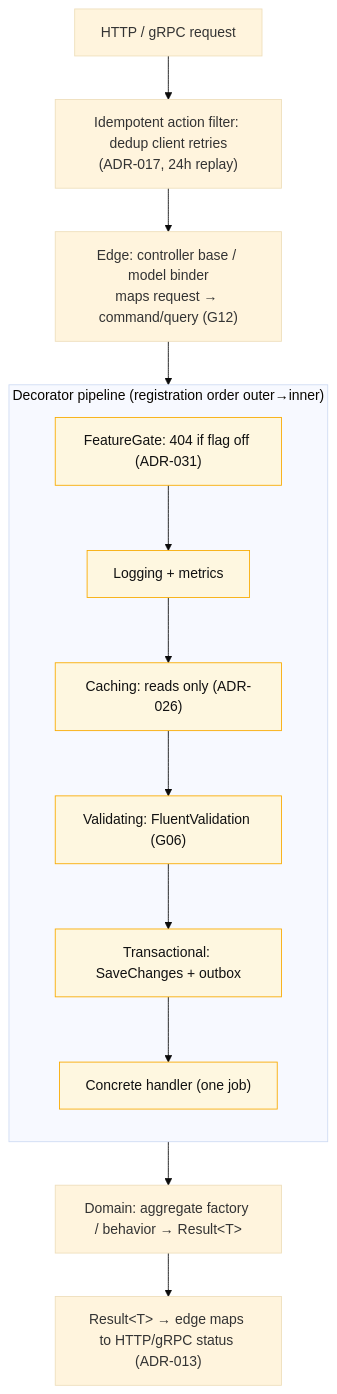
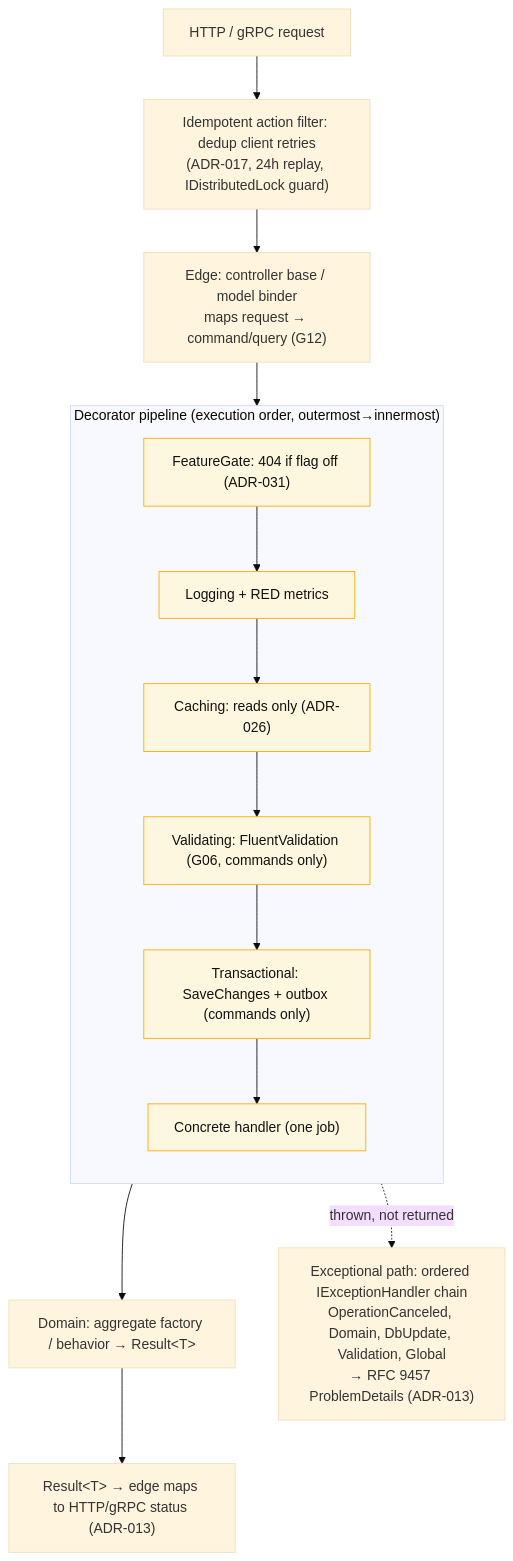
One commit to ivanball/ivanball.github.io changed the fifth of 15 diagrams in docs-src/onboarding/CONCEPT-MAPS.md. Above: the diagram before and after it, drawn with Mermaid (base theme). The commit also changed other lines of this file and 15 other files, not shown here.

````diff
--- a/docs-src/onboarding/CONCEPT-MAPS.md
+++ b/docs-src/onboarding/CONCEPT-MAPS.md
@@ -262,25 +292,27 @@
 ```mermaid
 flowchart TD
     HTTP["HTTP / gRPC request"]
     EDGE["Edge: controller base / model binder<br/>maps request → command/query (G12)"]
-    IDEMP["Idempotent action filter: dedup client retries<br/>(ADR-017, 24h replay)"]
+    IDEMP["Idempotent action filter: dedup client retries<br/>(ADR-017, 24h replay, IDistributedLock guard)"]
 
-    subgraph PIPELINE["Decorator pipeline (registration order outer→inner)"]
+    subgraph PIPELINE["Decorator pipeline (execution order, outermost→innermost)"]
         direction TB
         FG["FeatureGate: 404 if flag off (ADR-031)"]
-        LOG["Logging + metrics"]
+        LOG["Logging + RED metrics"]
         CA["Caching: reads only (ADR-026)"]
-        VA["Validating: FluentValidation (G06)"]
-        TX["Transactional: SaveChanges + outbox"]
+        VA["Validating: FluentValidation (G06, commands only)"]
+        TX["Transactional: SaveChanges + outbox (commands only)"]
         H["Concrete handler (one job)"]
     end
 
     DOMAIN["Domain: aggregate factory / behavior → Result&lt;T&gt;"]
     RESP["Result&lt;T&gt; → edge maps to HTTP/gRPC status (ADR-013)"]
+    EXC["Exceptional path: ordered IExceptionHandler chain<br/>OperationCanceled, Domain, DbUpdate, Validation, Global<br/>→ RFC 9457 ProblemDetails (ADR-013)"]
 
     HTTP --> IDEMP --> EDGE --> FG --> LOG --> CA --> VA --> TX --> H --> DOMAIN
     DOMAIN --> RESP
+    H -.->|"thrown, not returned"| EXC
 
     classDef dec fill:#fef7e0,stroke:#f9ab00,color:#111
     class FG,LOG,CA,VA,TX,H dec
 ```
````
